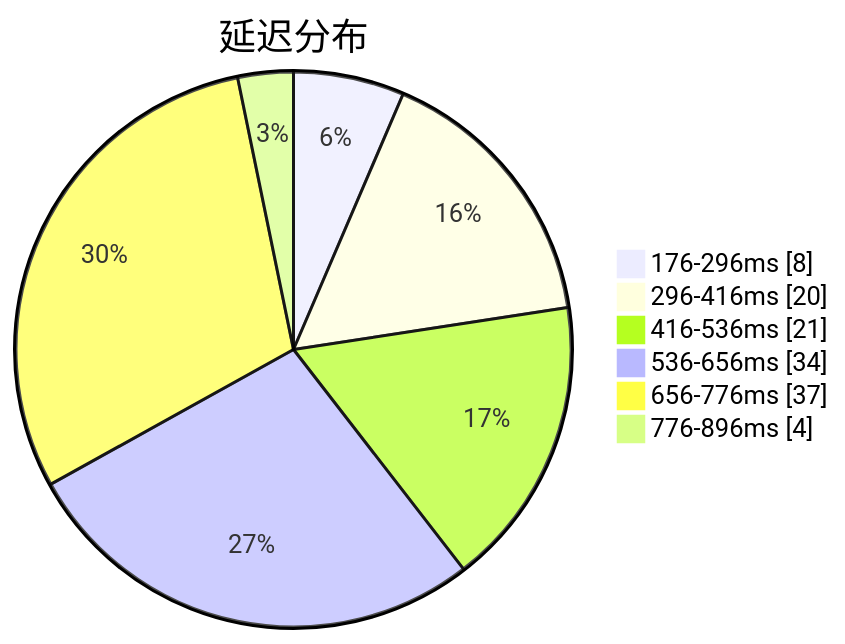
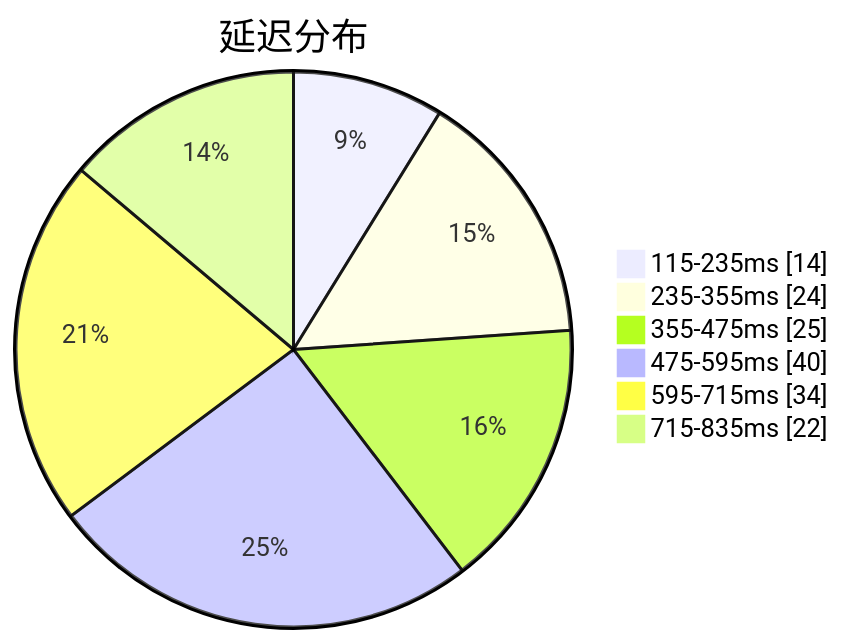
Before and after one commit to sinspired/airport: the first of 3 diagrams in subs/statistics/tested_within.md, drawn with Mermaid. The commit also changed other lines of this file and 2 other files, not shown here.

````diff
--- a/subs/statistics/tested_within.md
+++ b/subs/statistics/tested_within.md
@@ -2,10 +2,10 @@
 ```mermaid
 pie showData
 title 延迟分布
-"176-296ms" : 8
-"296-416ms" : 20
-"416-536ms" : 21
-"536-656ms" : 34
-"656-776ms" : 37
-"776-896ms" : 4
+"115-235ms" : 14
+"235-355ms" : 24
+"355-475ms" : 25
+"475-595ms" : 40
+"595-715ms" : 34
+"715-835ms" : 22
 ```
````
